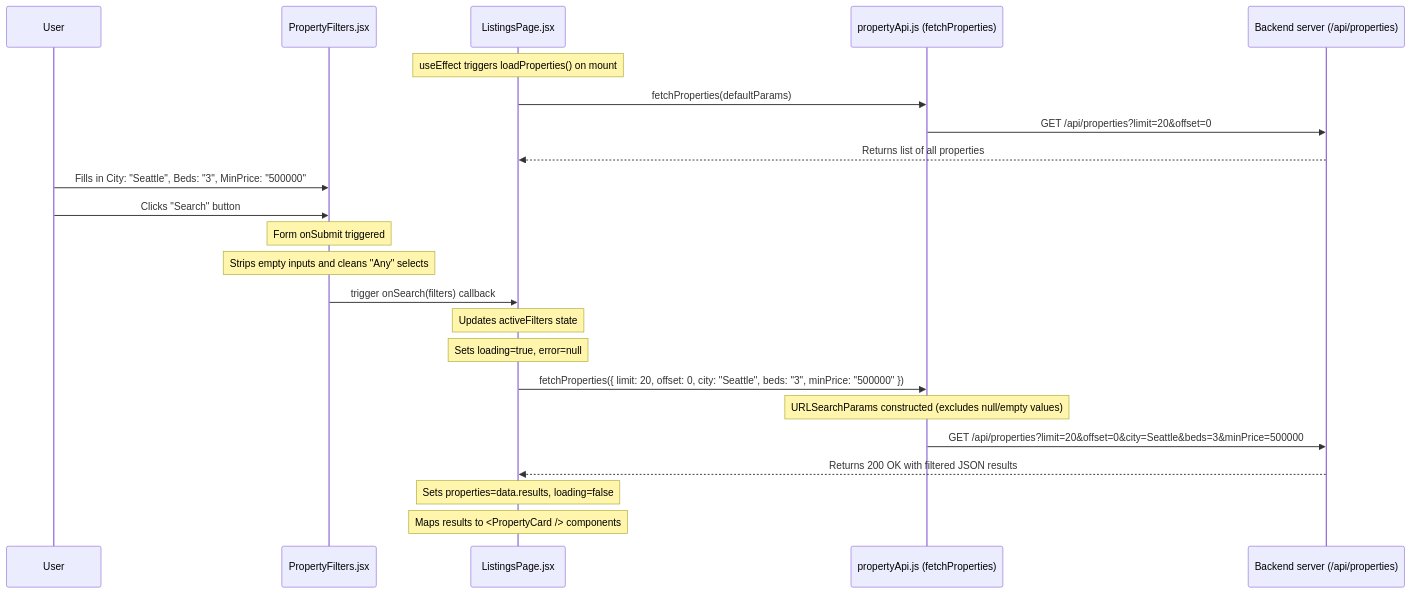
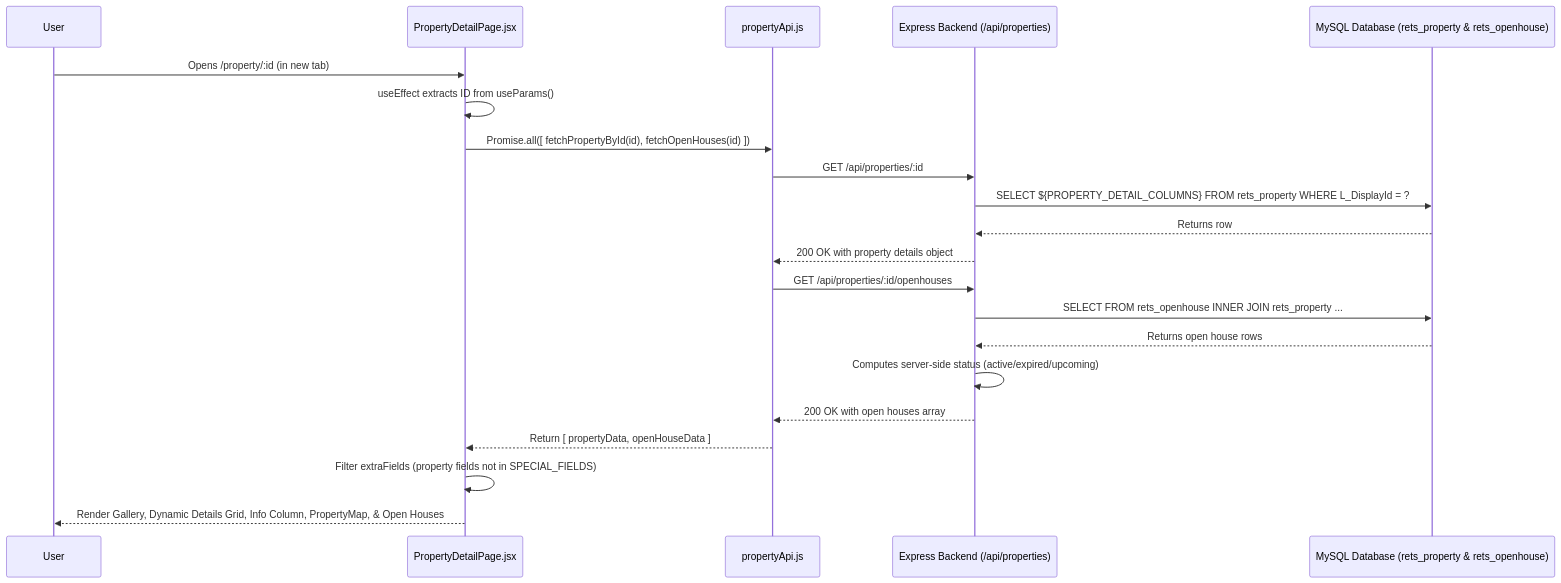
One commit to Franghias/SDE_Intern_IDXExchange changed the fourth of 4 diagrams in frontend/FLOW.md. Above: the diagram before and after it, drawn with Mermaid. The commit also changed other lines of this file and 29 other files, not shown here.

````diff
--- a/frontend/FLOW.md
+++ b/frontend/FLOW.md
@@ -101,27 +106,27 @@
 ```mermaid
 sequenceDiagram
     participant User
-    participant PF as PropertyFilters.jsx
-    participant LP as ListingsPage.jsx
-    participant API as propertyApi.js (fetchProperties)
-    participant Backend as Backend server (/api/properties)
+    participant DP as PropertyDetailPage.jsx
+    participant API as propertyApi.js
+    participant Backend as Express Backend (/api/properties)
+    participant DB as MySQL Database (rets_property & rets_openhouse)
 
-    Note over LP: useEffect triggers loadProperties() on mount
-    LP->>API: fetchProperties(defaultParams)
-    API->>Backend: GET /api/properties?limit=20&offset=0
-    Backend-->>LP: Returns list of all properties
+    User->>DP: Opens /property/:id (in new tab)
+    DP->>DP: useEffect extracts ID from useParams()
+    DP->>API: Promise.all([ fetchPropertyById(id), fetchOpenHouses(id) ])
+    
+    API->>Backend: GET /api/properties/:id
+    Backend->>DB: SELECT ${PROPERTY_DETAIL_COLUMNS} FROM rets_property WHERE L_DisplayId = ?
+    DB-->>Backend: Returns row
+    Backend-->>API: 200 OK with property details object
 
-    User->>PF: Fills in City: "Seattle", Beds: "3", MinPrice: "500000"
-    User->>PF: Clicks "Search" button
-    Note over PF: Form onSubmit triggered
-    Note over PF: Strips empty inputs and cleans "Any" selects
-    PF->>LP: trigger onSearch(filters) callback
-    Note over LP: Updates activeFilters state
-    Note over LP: Sets loading=true, error=null
-    LP->>API: fetchProperties({ limit: 20, offset: 0, city: "Seattle", beds: "3", minPrice: "500000" })
-    Note over API: URLSearchParams constructed (excludes null/empty values)
-    API->>Backend: GET /api/properties?limit=20&offset=0&city=Seattle&beds=3&minPrice=500000
-    Backend-->>LP: Returns 200 OK with filtered JSON results
-    Note over LP: Sets properties=data.results, loading=false
-    Note over LP: Maps results to <PropertyCard /> components
+    API->>Backend: GET /api/properties/:id/openhouses
+    Backend->>DB: SELECT FROM rets_openhouse INNER JOIN rets_property ...
+    DB-->>Backend: Returns open house rows
+    Backend->>Backend: Computes server-side status (active/expired/upcoming)
+    Backend-->>API: 200 OK with open houses array
+
+    API-->>DP: Return [ propertyData, openHouseData ]
+    DP->>DP: Filter extraFields (property fields not in SPECIAL_FIELDS)
+    DP-->>User: Render Gallery, Dynamic Details Grid, Info Column, PropertyMap, & Open Houses
 ```
````
